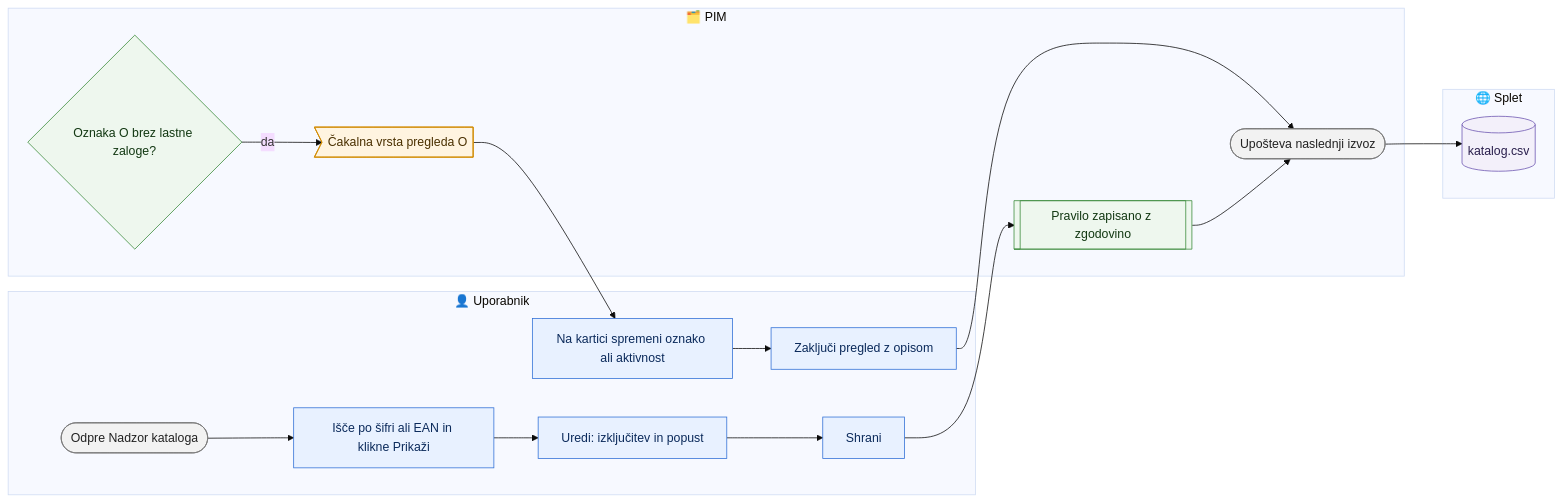
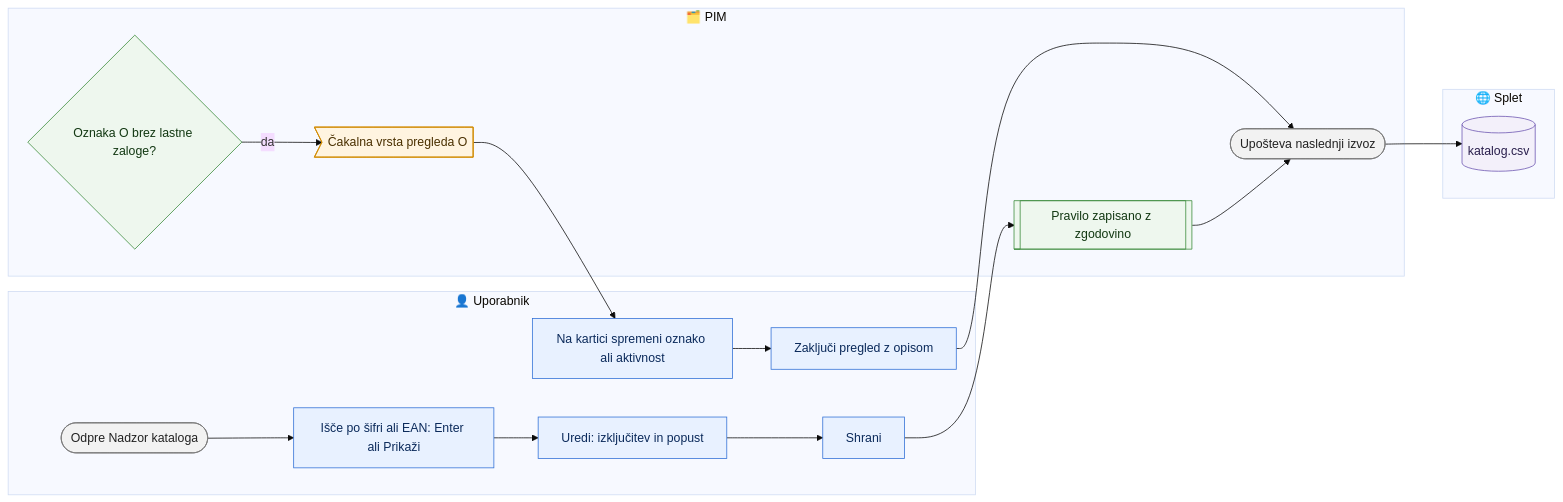
The diagram in docs/procesi/06-izhod-splet/nadzor-kataloga.md (VidadriaITadmin/NoviPIM), drawn with Mermaid (base theme) before and after one commit. The commit also changed other lines of this file and 3 other files, not shown here.

First line of the commit message:
#88: /splet/katalog - Enter išče, iskanje v naslovu, prazno stanje s predlogom, ime podjetja, sporočilo po osvežitvi

````diff
--- a/docs/procesi/06-izhod-splet/nadzor-kataloga.md
+++ b/docs/procesi/06-izhod-splet/nadzor-kataloga.md
@@ -47,28 +47,28 @@
 ```mermaid
 flowchart LR
   subgraph U["👤 Uporabnik"]
-    A([Odpre Nadzor kataloga]) --> B[Išče po šifri ali EAN in klikne Prikaži]
+    A([Odpre Nadzor kataloga]) --> B[Išče po šifri ali EAN: Enter ali Prikaži]
     B --> C[Uredi: izključitev in popust]
     C --> D[Shrani]
     R[Na kartici spremeni oznako ali aktivnost] --> Q[Zaključi pregled z opisom]
   end
   subgraph P["🗂️ PIM"]
     E[[Pravilo zapisano z zgodovino]]
     F{Oznaka O brez lastne zaloge?}
     G>Čakalna vrsta pregleda O]
     H([Upošteva naslednji izvoz])
   end
   subgraph W["🌐 Splet"]
     K[(katalog.csv)]
   end
   D --> E --> H --> K
   F -- da --> G --> R
   Q --> H
 
   classDef user fill:#e8f1ff,stroke:#2f6fd6,color:#0b2a5b;
   classDef auto fill:#eef7ee,stroke:#3a8a3a,color:#123812;
   classDef wait fill:#fff4e0,stroke:#d08a00,color:#4a3000;
   classDef data fill:#f3f0fa,stroke:#6b54b0,color:#2a1f4d;
   classDef endp fill:#f2f2f2,stroke:#777,color:#222;
   class A,H endp; class B,C,D,R,Q user; class E,F auto; class G wait; class K data;
 ```
````
